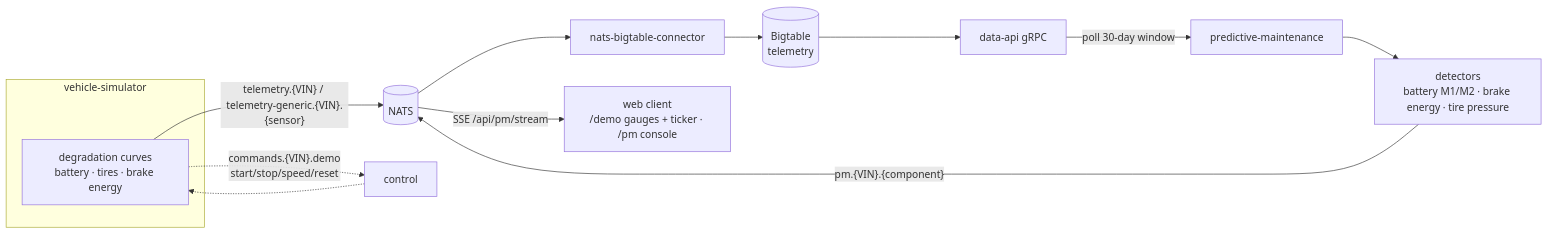
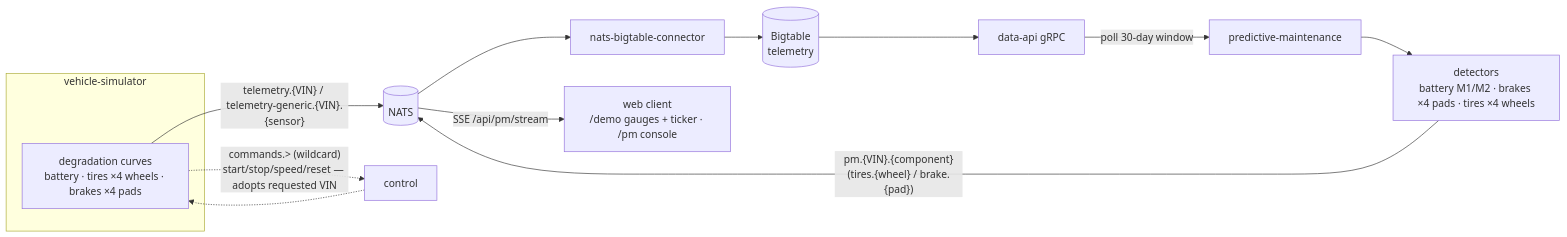
The diagram in docs/superpowers/2026-08-10-predictive-maintenance-guide.md (Atri10/nexus-sdv), drawn with Mermaid before and after one commit. The commit also changed other lines of this file and 2 other files, not shown here.

First line of the commit message:
docs: update VIN-switching + per-wheel PM docs

````diff
--- a/docs/superpowers/2026-08-10-predictive-maintenance-guide.md
+++ b/docs/superpowers/2026-08-10-predictive-maintenance-guide.md
@@ -20,16 +21,16 @@
 ```mermaid
 flowchart LR
   subgraph Vehicle["vehicle-simulator"]
-    SIM["degradation curves<br/>battery · tires · brake energy"]
+    SIM["degradation curves<br/>battery · tires ×4 wheels · brakes ×4 pads"]
   end
   SIM -->|"telemetry.{VIN} / telemetry-generic.{VIN}.{sensor}"| NATS[(NATS)]
   NATS --> CONN["nats-bigtable-connector"]
   CONN --> BT[("Bigtable<br/>telemetry")]
   BT --> API["data-api gRPC"]
   API -->|"poll 30-day window"| PM["predictive-maintenance"]
-  PM --> DET["detectors<br/>battery M1/M2 · brake energy · tire pressure"]
-  DET -->|"pm.{VIN}.{component}"| NATS
+  PM --> DET["detectors<br/>battery M1/M2 · brakes ×4 pads · tires ×4 wheels"]
+  DET -->|"pm.{VIN}.{component}<br/>(tires.{wheel} / brake.{pad})"| NATS
   NATS -->|"SSE /api/pm/stream"| WEB["web client<br/>/demo gauges + ticker · /pm console"]
-  SIM -.->|"commands.{VIN}.demo<br/>start/stop/speed/reset"| CTL["control"]
+  SIM -.->|"commands.> (wildcard)<br/>start/stop/speed/reset — adopts requested VIN"| CTL["control"]
   CTL -.-> SIM
 ```
````
